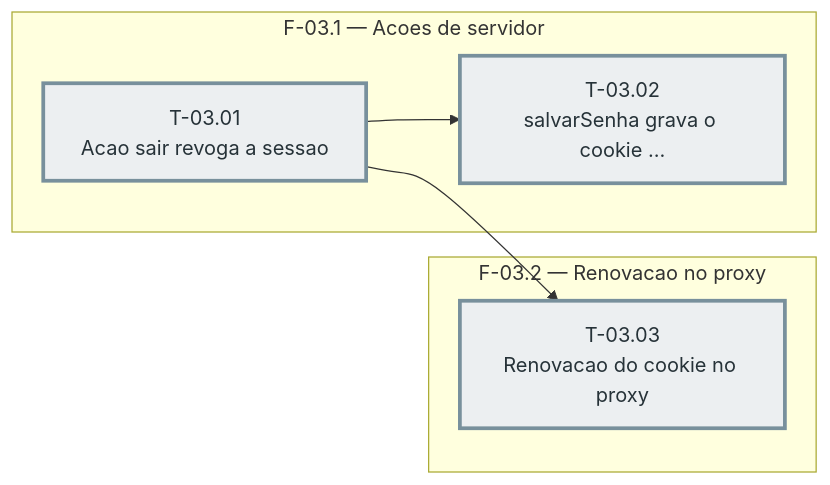
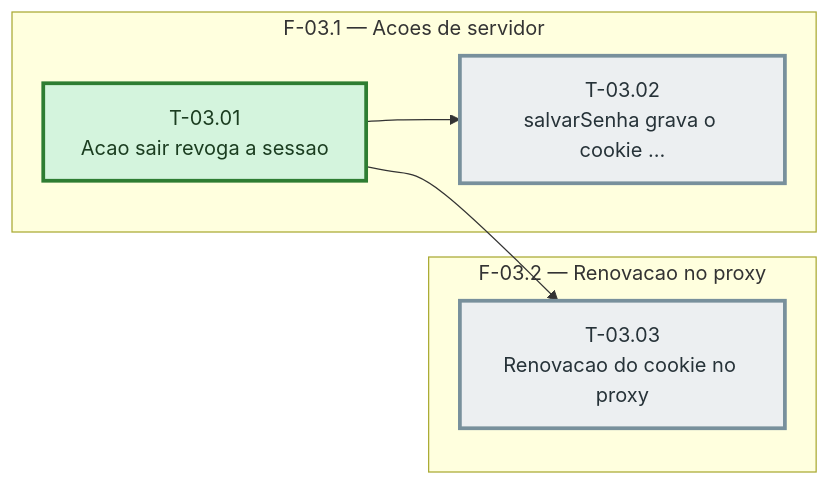
One commit to bittencourtthulio/converse-chatbot changed the diagram in docs/sessao-e-acesso-endurecidos/sprint-03/fases.md. Above: the diagram before and after it, drawn with Mermaid. The commit also changed 7 other files, not shown here.

````diff
--- a/docs/sessao-e-acesso-endurecidos/sprint-03/fases.md
+++ b/docs/sessao-e-acesso-endurecidos/sprint-03/fases.md
@@ -31,24 +31,24 @@
 ```mermaid
 %% Grafo de tasks — sprint-03 — gerado pela sprintx a partir de tasks.md
 flowchart LR
   subgraph fase_03_1["F-03.1 — Acoes de servidor"]
     T_03_01["T-03.01<br/>Acao sair revoga a sessao"]
     T_03_02["T-03.02<br/>salvarSenha grava o cookie …"]
   end
   subgraph fase_03_2["F-03.2 — Renovacao no proxy"]
     T_03_03["T-03.03<br/>Renovacao do cookie no proxy"]
   end
   T_03_01 --> T_03_02
   T_03_01 --> T_03_03
 
   classDef concluida fill:#d4f4dd,stroke:#2e7d32,color:#1b3d20
   classDef andamento fill:#fff3cd,stroke:#b8860b,color:#4a3800
   classDef bloqueada fill:#f8d7da,stroke:#c62828,color:#4a1d1f
   classDef pendente  fill:#eceff1,stroke:#78909c,color:#263238
   classDef critico   stroke-width:3px
 
-  class T_03_01 pendente
+  class T_03_01 concluida
   class T_03_02 pendente
   class T_03_03 pendente
   class T_03_01,T_03_02,T_03_03 critico
 ```
````
